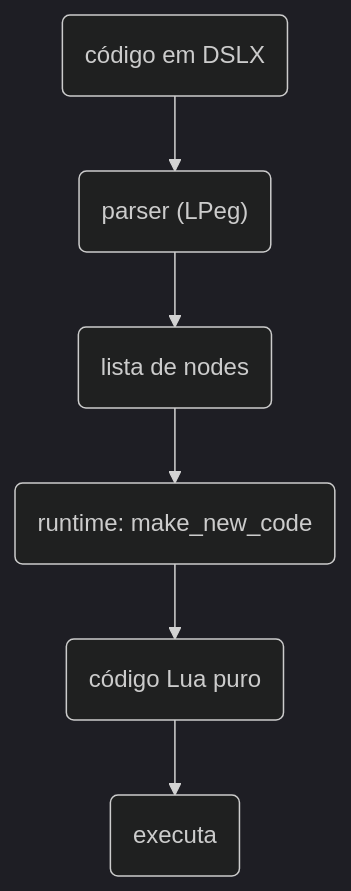
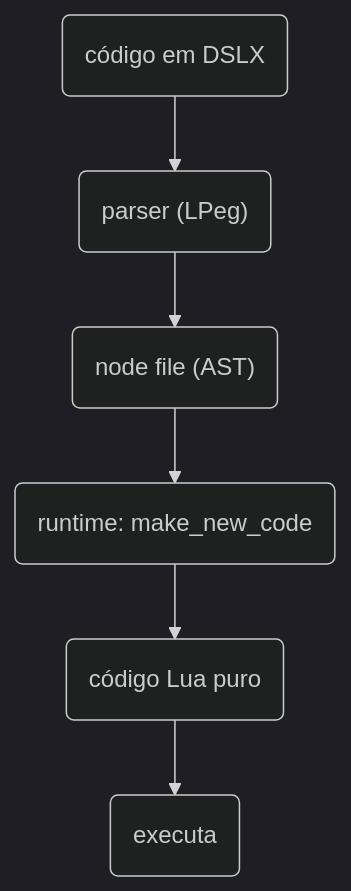
Before and after one commit to pessoa736/DLuaXML: the diagram in README.md, drawn with Mermaid (dark theme). The commit also changed other lines of this file, not shown here.

Commit message:
doc: atualizei o readme pra 2.2-0, adicionei a seção de estender o parser com a API de extensão (SetPattern, GetPattern, SetParserPrincipal, match) e ajustei as seções de parser e runtime pro node file

````diff
--- a/README.md
+++ b/README.md
@@ -38,8 +39,8 @@
 ```mermaid
 graph TD;
     A("código em DSLX") --> B("parser (LPeg)");
-    B --> C("lista de nodes");
+    B --> C("node file (AST)");
     C --> D("runtime: make_new_code");
     D --> E("código Lua puro");
     E --> F("executa");
 ```
````
